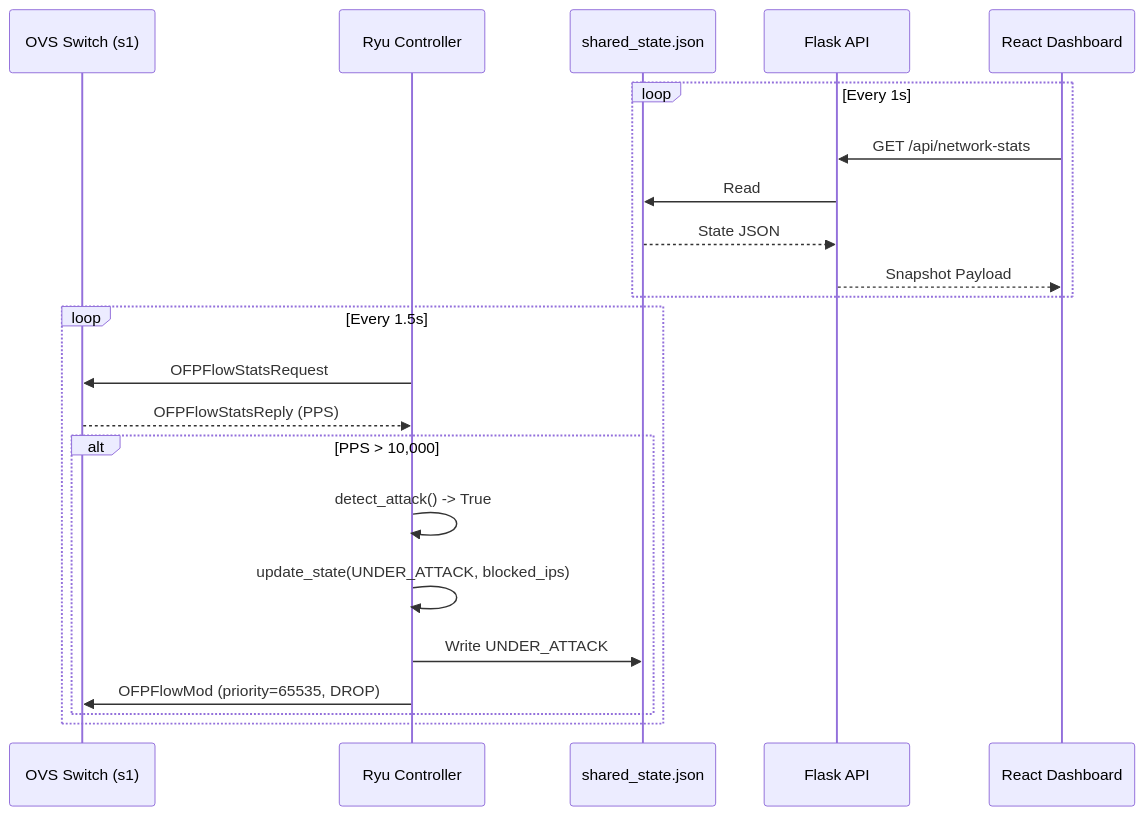
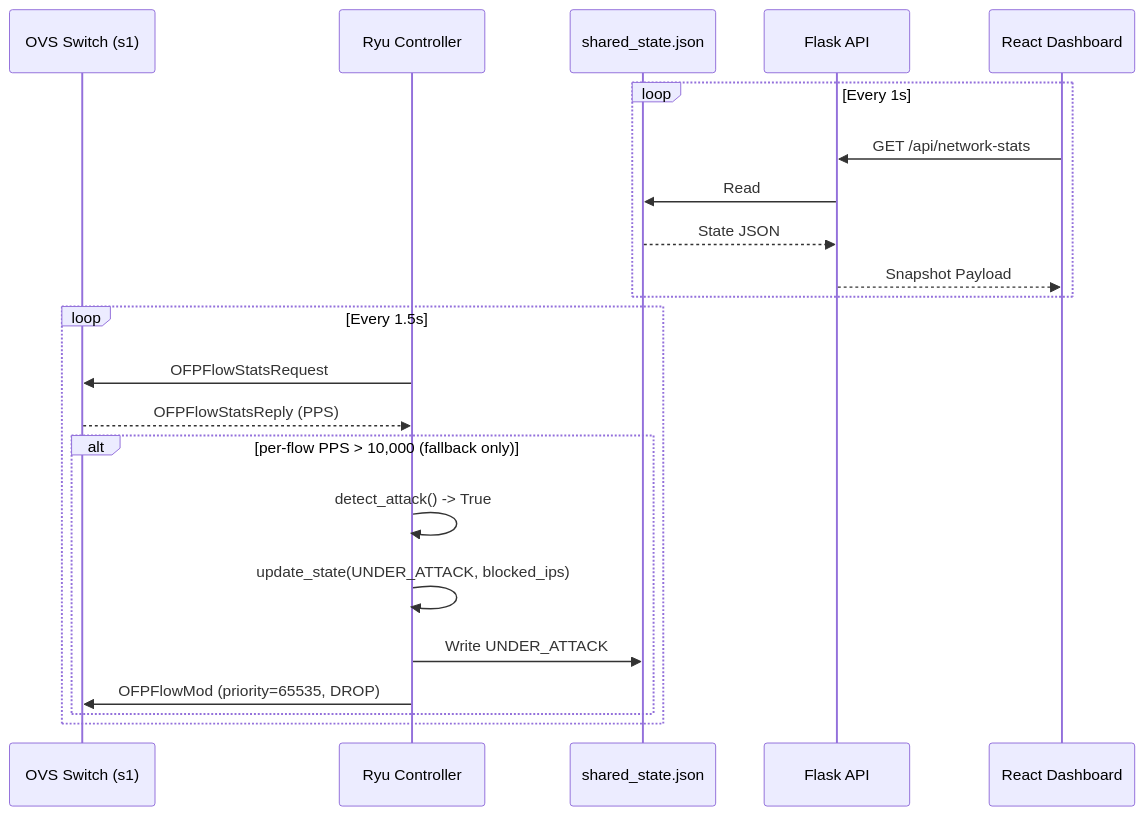
One commit to botvecna47/SDN-Based-DDoS-Mitigation changed the second of 5 diagrams in docs/ARCHITECTURE.md. Above: the diagram before and after it, drawn with Mermaid. The commit also changed other lines of this file and 27 other files, not shown here.

````diff
--- a/docs/ARCHITECTURE.md
+++ b/docs/ARCHITECTURE.md
@@ -42,26 +42,26 @@
 ```mermaid
 sequenceDiagram
     participant S as OVS Switch (s1)
     participant R as Ryu Controller
     participant SS as shared_state.json
     participant F as Flask API
     participant UI as React Dashboard
 
     loop Every 1s
         UI->>F: GET /api/network-stats
         F->>SS: Read
         SS-->>F: State JSON
         F-->>UI: Snapshot Payload
     end
 
     loop Every 1.5s
         R->>S: OFPFlowStatsRequest
         S-->>R: OFPFlowStatsReply (PPS)
-        alt PPS > 10,000
+        alt per-flow PPS > 10,000 (fallback only)
             R->>R: detect_attack() -> True
             R->>R: update_state(UNDER_ATTACK, blocked_ips)
             R->>SS: Write UNDER_ATTACK
             R->>S: OFPFlowMod (priority=65535, DROP)
         end
     end
 ```
````
